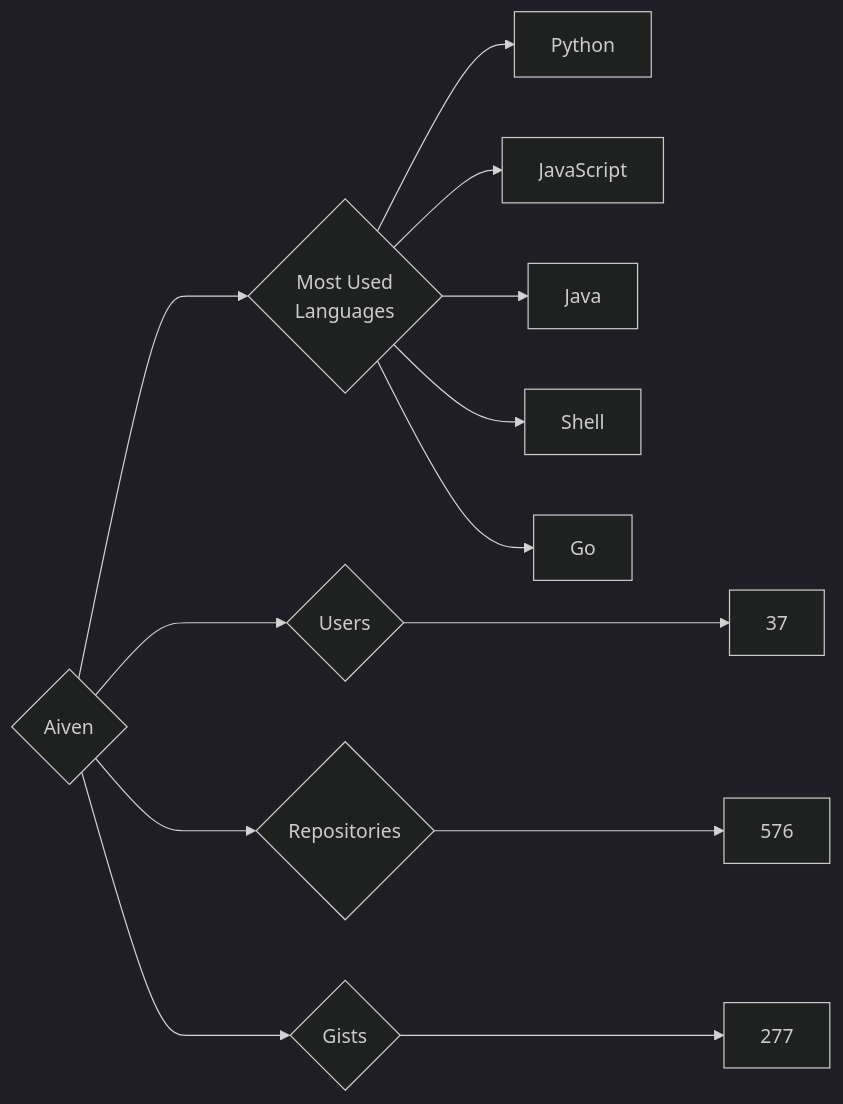
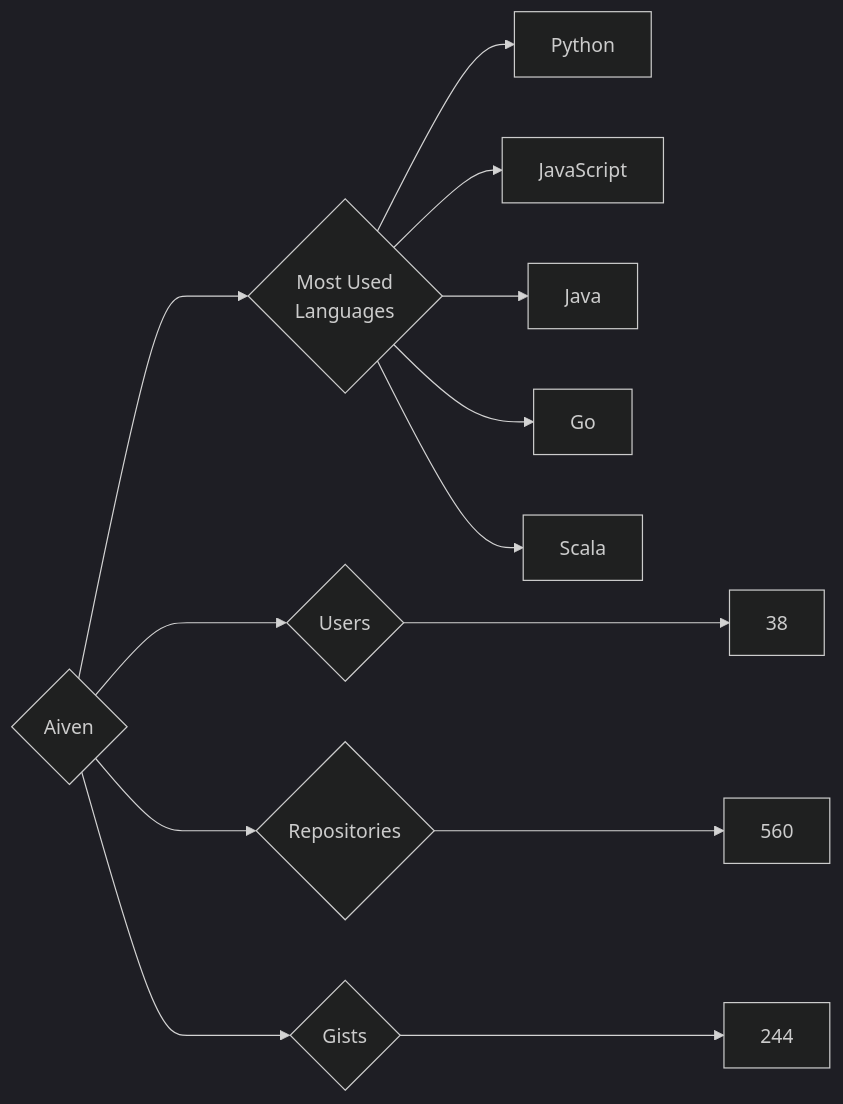
Before and after one commit to trickest/insiders: the diagram in targets/Aiven/README.md, drawn with Mermaid (dark theme). The commit also changed 934 other files, not shown here.

````diff
--- a/targets/Aiven/README.md
+++ b/targets/Aiven/README.md
@@ -3,13 +3,13 @@
 ```mermaid
 graph LR
 COMPANY_NAME{Aiven}
-COMPANY_NAME ---> U{Users} ---> UN[37]
-COMPANY_NAME ---> R{Repositories} ---> RN[576]
-COMPANY_NAME ---> G{Gists} ---> GN[277]
+COMPANY_NAME ---> U{Users} ---> UN[38]
+COMPANY_NAME ---> R{Repositories} ---> RN[560]
+COMPANY_NAME ---> G{Gists} ---> GN[244]
 COMPANY_NAME ---> ML{Most Used<br>Languages}
 ML --> Python[Python]
 ML --> JavaScript[JavaScript]
 ML --> Java[Java]
-ML --> Shell[Shell]
 ML --> Go[Go]
+ML --> Scala[Scala]
 ```
````
